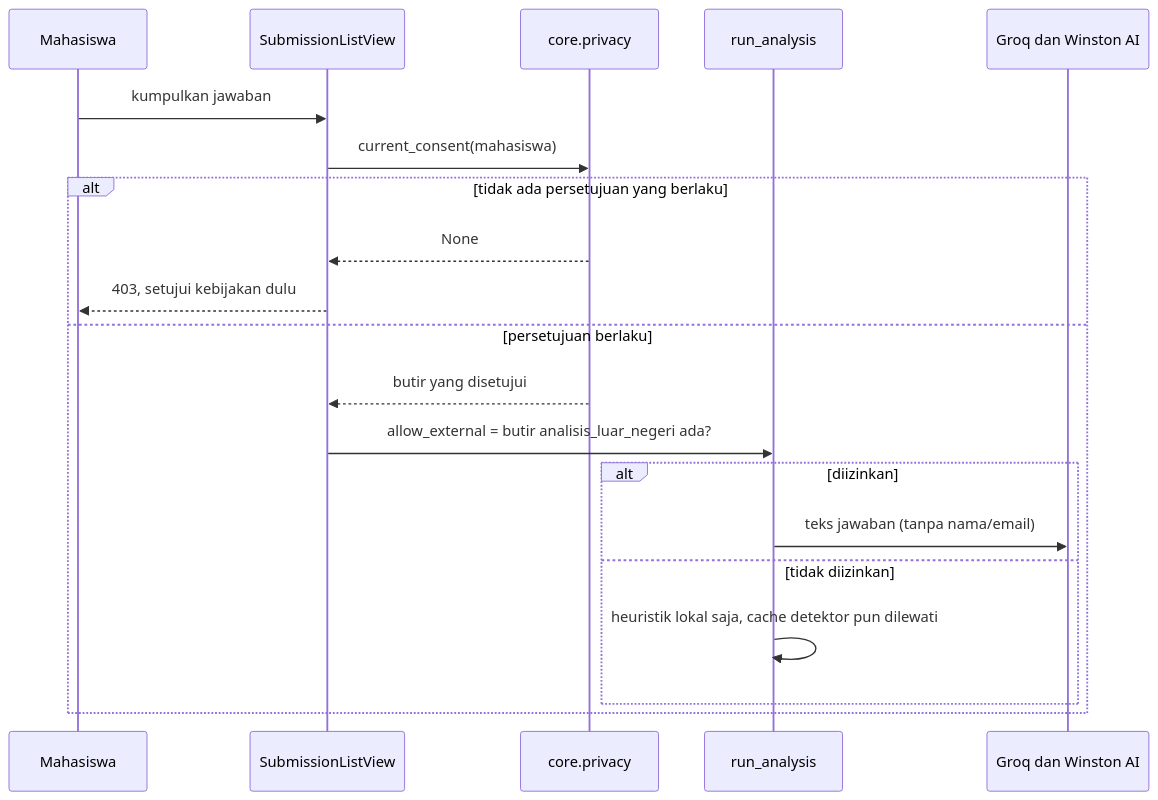
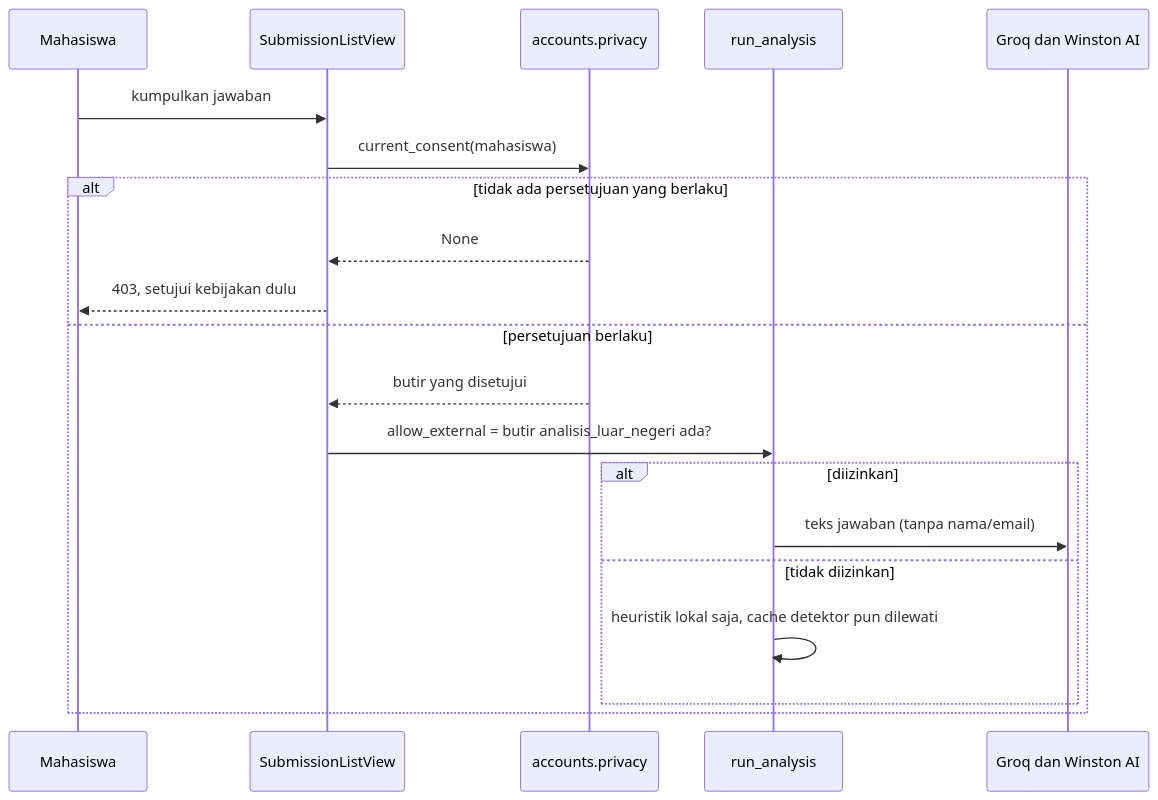
The second of 2 diagrams in diagram/07-privasi-dan-persetujuan.md (FadhRach/ThinkPath), drawn with Mermaid before and after one commit. The commit also changed other lines of this file and 2 other files, not shown here.

First line of the commit message:
docs(privasi): alur satu persetujuan di diagram dan README

````diff
--- a/diagram/07-privasi-dan-persetujuan.md
+++ b/diagram/07-privasi-dan-persetujuan.md
@@ -47,23 +65,23 @@
 ```mermaid
 sequenceDiagram
     participant M as Mahasiswa
     participant V as SubmissionListView
-    participant C as core.privacy
+    participant C as accounts.privacy
     participant R as run_analysis
     participant X as Groq dan Winston AI
 
     M->>V: kumpulkan jawaban
     V->>C: current_consent(mahasiswa)
     alt tidak ada persetujuan yang berlaku
         C-->>V: None
         V-->>M: 403, setujui kebijakan dulu
     else persetujuan berlaku
         C-->>V: butir yang disetujui
         V->>R: allow_external = butir analisis_luar_negeri ada?
         alt diizinkan
             R->>X: teks jawaban (tanpa nama/email)
         else tidak diizinkan
             R->>R: heuristik lokal saja, cache detektor pun dilewati
         end
     end
 ```
````
